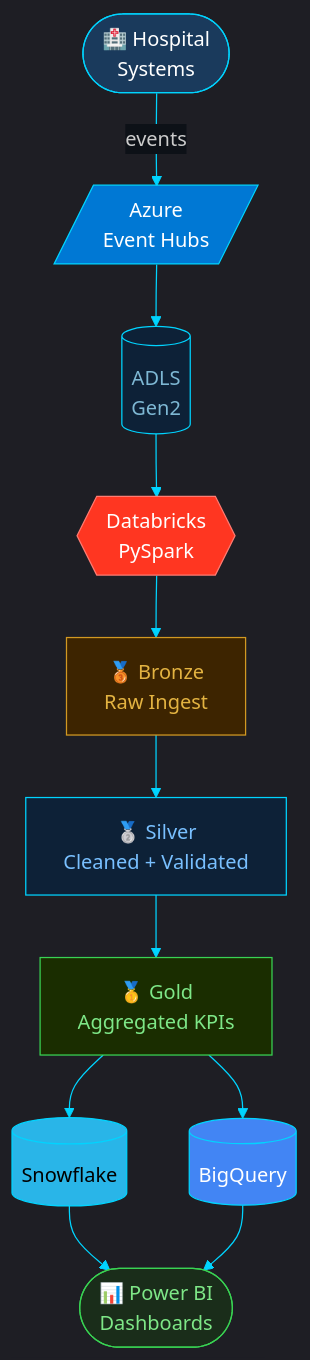
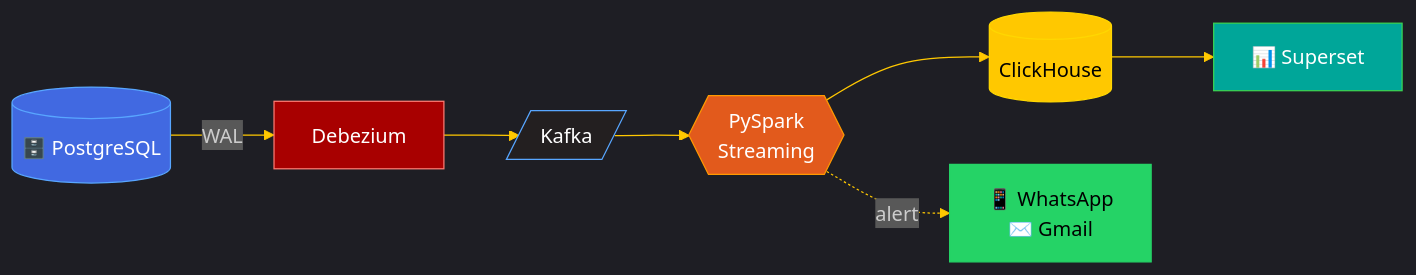
Before and after one commit to shehab-hub-0/shehab-hub-0: the first of 5 diagrams in README.md, drawn with Mermaid. The commit also changed other lines of this file, not shown here.

````diff
--- a/README.md
+++ b/README.md
@@ -334,24 +179,18 @@
 ```mermaid
-%%{init:{"theme":"dark","themeVariables":{"primaryColor":"#0d1117","primaryTextColor":"#c9d1d9","lineColor":"#00d4ff","edgeLabelBackground":"#0d1117","clusterBkg":"#0a192f","clusterBorder":"#00d4ff"}}}%%
-flowchart TD
-    A(["🏥 Hospital\nSystems"]) -->|events| B[/"Azure\nEvent Hubs"/]
-    B --> C[("ADLS\nGen2")]
-    C --> D{{"Databricks\nPySpark"}}
-    D --> E["🥉 Bronze\nRaw Ingest"]
-    E --> F["🥈 Silver\nCleaned + Validated"]
-    F --> G["🥇 Gold\nAggregated KPIs"]
-    G --> H[("Snowflake")]
-    G --> I[("BigQuery")]
-    H & I --> J(["📊 Power BI\nDashboards"])
+%%{init:{"theme":"dark","themeVariables":{"lineColor":"#FFC800","primaryTextColor":"#c9d1d9"}}}%%
+flowchart LR
+    A[("🗄️ PostgreSQL")] -->|WAL| B["Debezium"]
+    B --> C[/"Kafka"/]
+    C --> D{{"PySpark\nStreaming"}}
+    D --> E[("ClickHouse")]
+    D -.->|alert| F["📱 WhatsApp\n✉️ Gmail"]
+    E --> G["📊 Superset"]
 
-    style A fill:#1a3a5c,stroke:#00d4ff,color:#fff
-    style B fill:#0078D4,stroke:#00d4ff,color:#fff
-    style C fill:#0d2137,stroke:#00d4ff,color:#7eb8d4
-    style D fill:#FF3621,stroke:#ff7b72,color:#fff
-    style E fill:#3d2400,stroke:#d29922,color:#e3b341
-    style F fill:#0d2137,stroke:#00d4ff,color:#79c0ff
-    style G fill:#1a2d00,stroke:#39d353,color:#7ee787
-    style H fill:#29B5E8,stroke:#00d4ff,color:#000
-    style I fill:#4285F4,stroke:#00d4ff,color:#fff
-    style J fill:#1a2d1a,stroke:#39d353,color:#7ee787
+    style A fill:#4169E1,stroke:#58a6ff,color:#fff
+    style B fill:#A80000,stroke:#ff7b72,color:#fff
+    style C fill:#231F20,stroke:#58a6ff,color:#fff
+    style D fill:#E25A1C,stroke:#ff9900,color:#fff
+    style E fill:#FFC800,stroke:#ffd700,color:#000
+    style F fill:#25D366,stroke:#25D366,color:#000
+    style G fill:#00A699,stroke:#39d353,color:#fff
 ```
````
